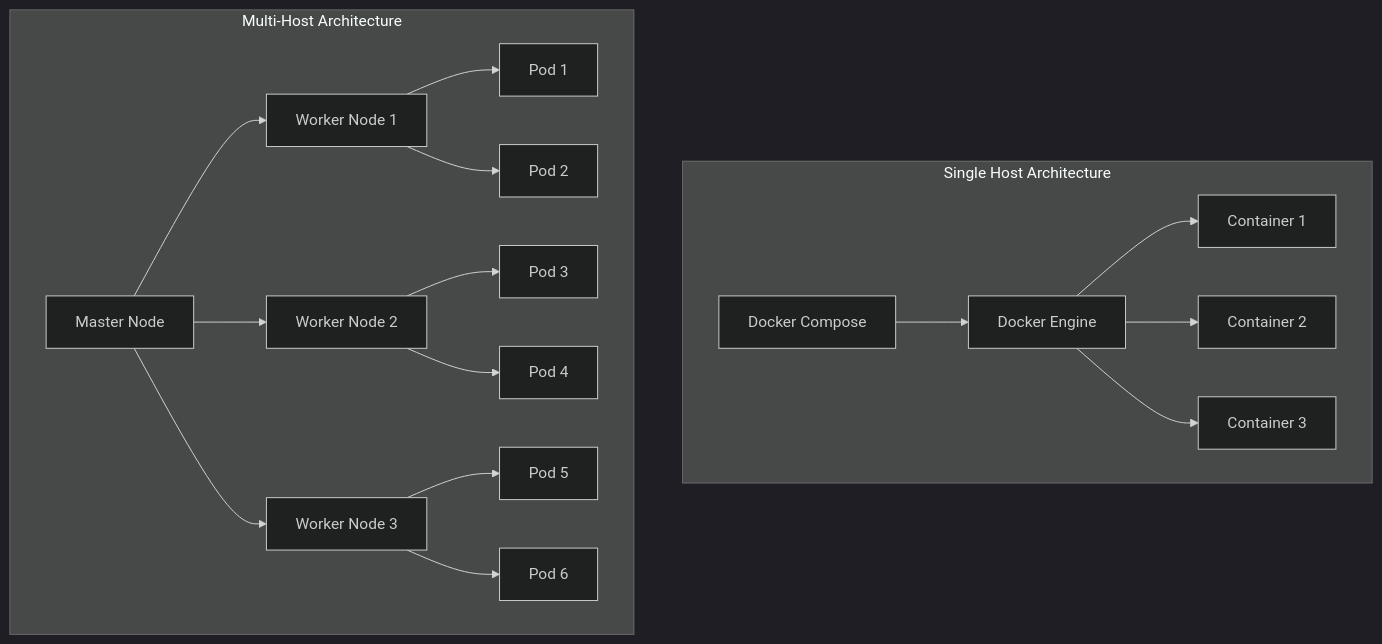
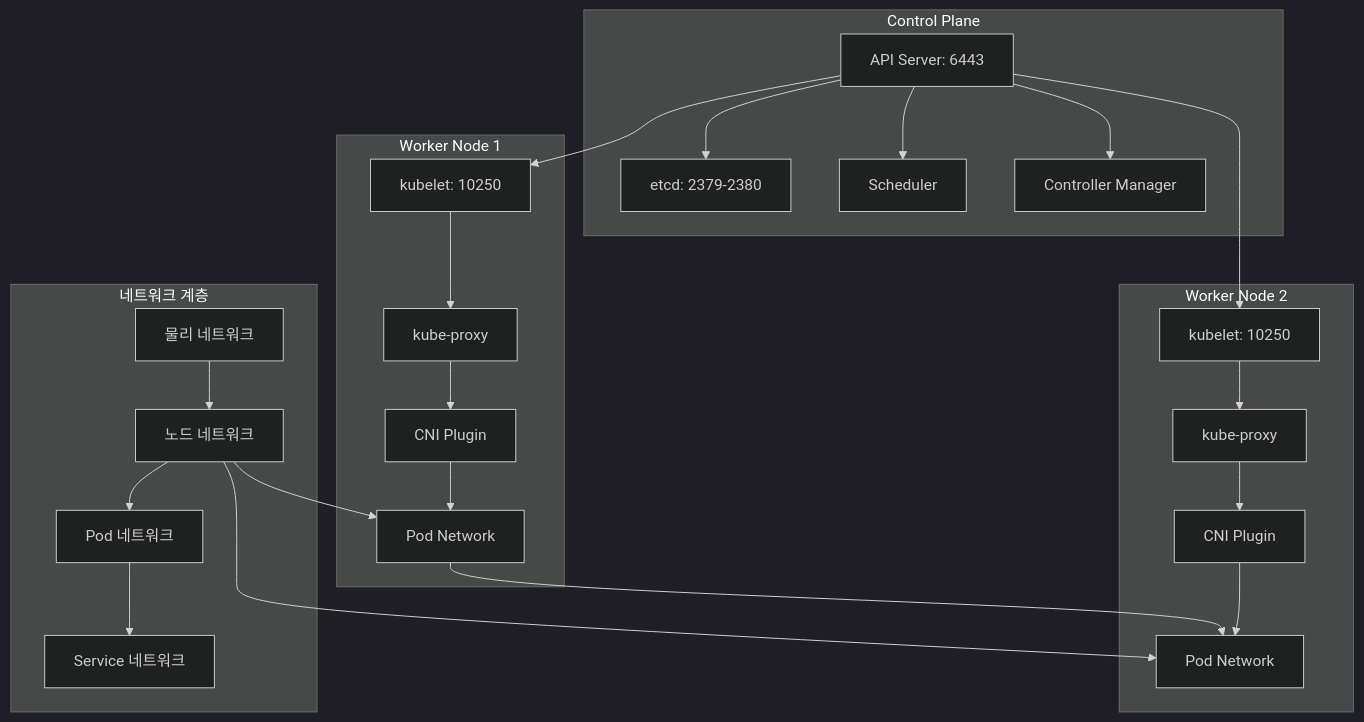
The third of 4 diagrams in week_02/day_03/session_01.md (niceguy61/kdt_devops_lecture_2025), drawn with Mermaid (dark theme) before and after one commit. The commit also changed other lines of this file and 38 other files, not shown here.

````diff
--- a/week_02/day_03/session_01.md
+++ b/week_02/day_03/session_01.md
@@ -151,22 +176,32 @@
 ```mermaid
 graph TB
-    subgraph "Single Host Architecture"
-        A[Docker Engine] --> B[Container 1]
-        A --> C[Container 2]
-        A --> D[Container 3]
-        E[Docker Compose] --> A
+    subgraph "Control Plane"
+        A[API Server: 6443] --> B[etcd: 2379-2380]
+        A --> C[Scheduler]
+        A --> D[Controller Manager]
     end
     
-    subgraph "Multi-Host Architecture"
-        F[Master Node] --> G[Worker Node 1]
-        F --> H[Worker Node 2]
-        F --> I[Worker Node 3]
-        
-        G --> J[Pod 1]
-        G --> K[Pod 2]
-        H --> L[Pod 3]
-        H --> M[Pod 4]
-        I --> N[Pod 5]
-        I --> O[Pod 6]
+    subgraph "Worker Node 1"
+        E[kubelet: 10250] --> F[kube-proxy]
+        F --> G[CNI Plugin]
+        G --> H[Pod Network]
     end
+    
+    subgraph "Worker Node 2"
+        I[kubelet: 10250] --> J[kube-proxy]
+        J --> K[CNI Plugin]
+        K --> L[Pod Network]
+    end
+    
+    subgraph "네트워크 계층"
+        M[물리 네트워크] --> N[노드 네트워크]
+        N --> O[Pod 네트워크]
+        O --> P[Service 네트워크]
+    end
+    
+    A --> E
+    A --> I
+    H --> L
+    N --> H
+    N --> L
 ```
````
